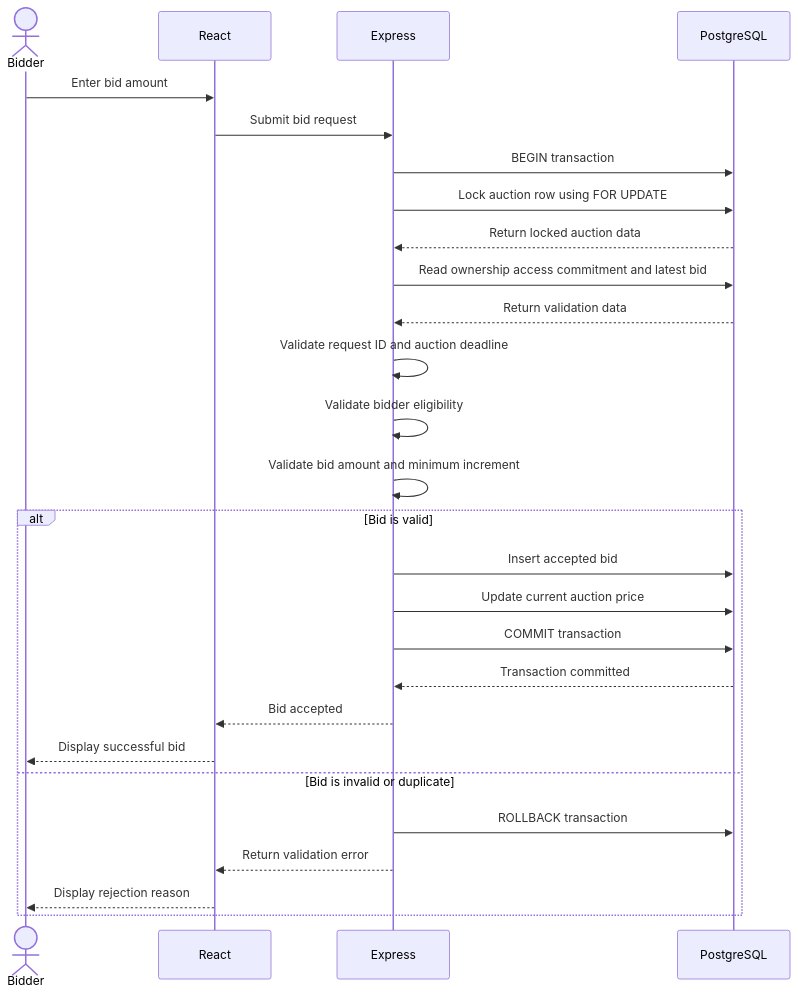
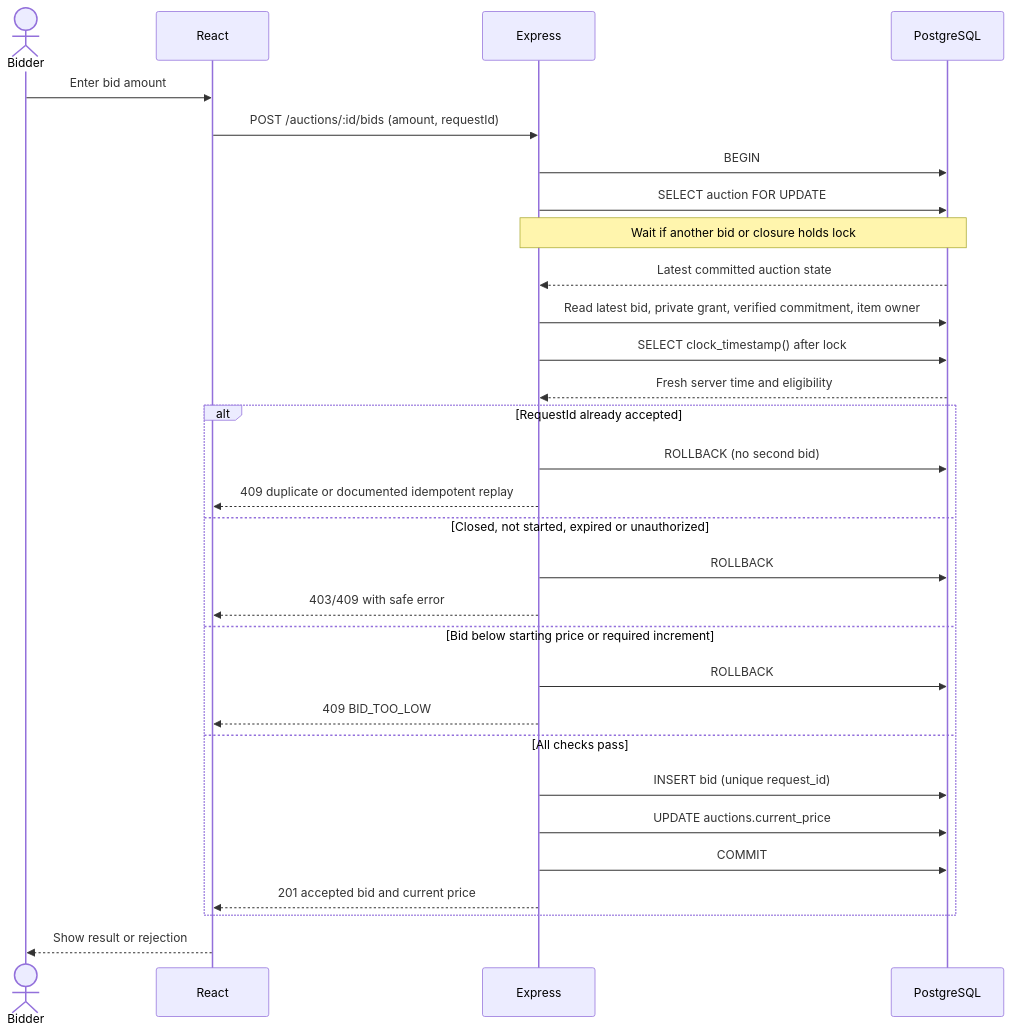
Before and after one commit to ghadi0alzhrani0/Mezyad: the seventh of 8 diagrams in Stage_3/Report.MD, drawn with Mermaid. The commit also changed other lines of this file and 30 other files, not shown here.

````diff
--- a/Stage_3/Report.MD
+++ b/Stage_3/Report.MD
@@ -447,31 +449,32 @@
 ```mermaid
 sequenceDiagram
     actor Bidder
     participant UI as React
     participant API as Express
     participant DB as PostgreSQL
-
     Bidder->>UI: Enter bid amount
-    UI->>API: Submit bid request
-    API->>DB: BEGIN transaction
-    API->>DB: Lock auction row using FOR UPDATE
-    DB-->>API: Return locked auction data
-    API->>DB: Read ownership access commitment and latest bid
-    DB-->>API: Return validation data
-    API->>API: Validate request ID and auction deadline
-    API->>API: Validate bidder eligibility
-    API->>API: Validate bid amount and minimum increment
-
-    alt Bid is valid
-        API->>DB: Insert accepted bid
-        API->>DB: Update current auction price
-        API->>DB: COMMIT transaction
-        DB-->>API: Transaction committed
-        API-->>UI: Bid accepted
-        UI-->>Bidder: Display successful bid
-    else Bid is invalid or duplicate
-        API->>DB: ROLLBACK transaction
-        API-->>UI: Return validation error
-        UI-->>Bidder: Display rejection reason
-  end
+    UI->>API: POST /auctions/:id/bids (amount, requestId)
+    API->>DB: BEGIN
+    API->>DB: SELECT auction FOR UPDATE
+    Note over API,DB: Wait if another bid or closure holds lock
+    DB-->>API: Latest committed auction state
+    API->>DB: Read latest bid, private grant, verified commitment, item owner
+    API->>DB: SELECT clock_timestamp() after lock
+    DB-->>API: Fresh server time and eligibility
+    alt RequestId already accepted
+        API->>DB: ROLLBACK (no second bid)
+        API-->>UI: 409 duplicate or documented idempotent replay
+    else Closed, not started, expired or unauthorized
+        API->>DB: ROLLBACK
+        API-->>UI: 403/409 with safe error
+    else Bid below starting price or required increment
+        API->>DB: ROLLBACK
+        API-->>UI: 409 BID_TOO_LOW
+    else All checks pass
+        API->>DB: INSERT bid (unique request_id)
+        API->>DB: UPDATE auctions.current_price
+        API->>DB: COMMIT
+        API-->>UI: 201 accepted bid and current price
+    end
+    UI-->>Bidder: Show result or rejection
 ```
````
